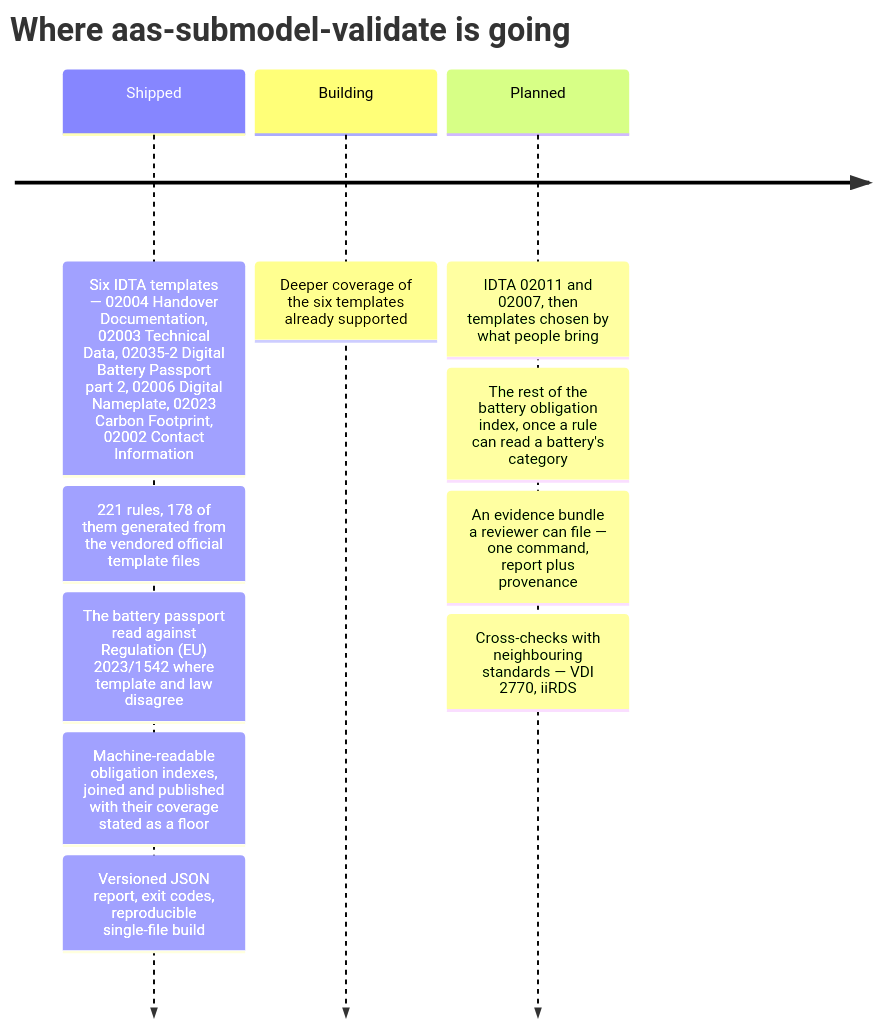
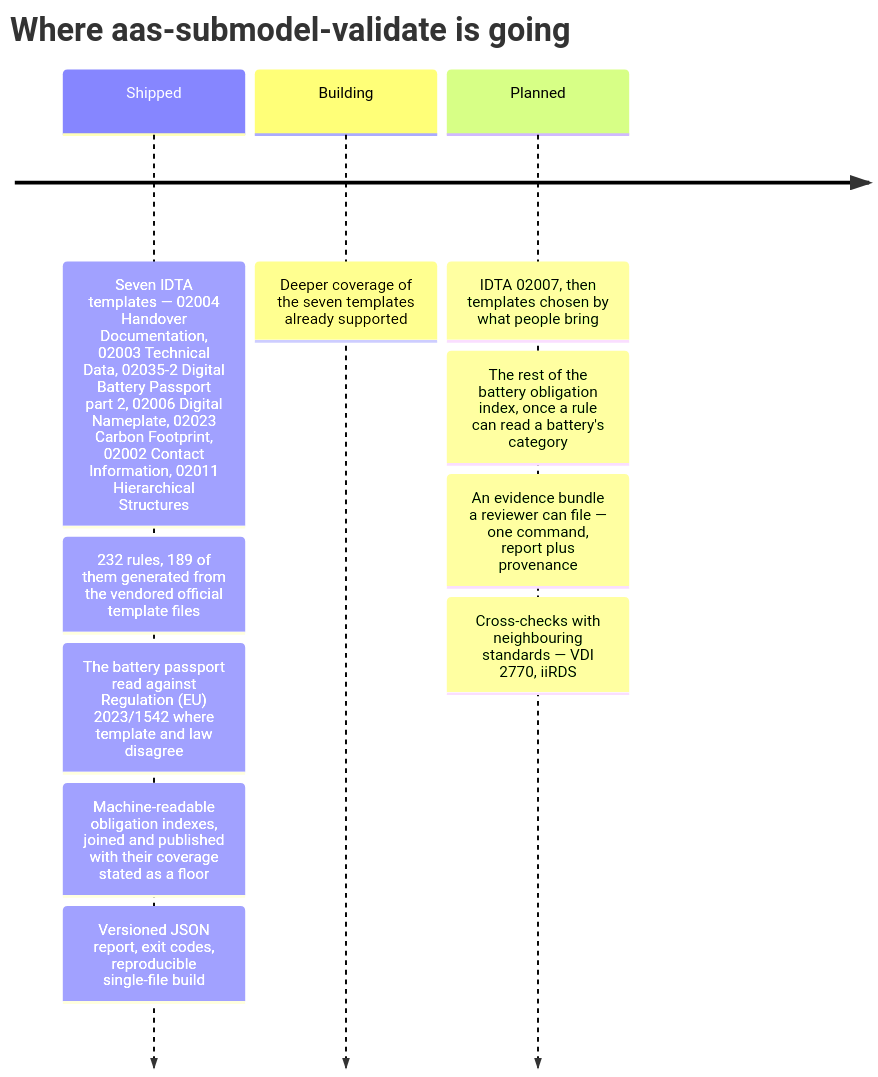
One commit to dev365code/aas-submodel-validate changed the second of 2 diagrams in README.md. Above: the diagram before and after it, drawn with Mermaid. The commit also changed other lines of this file and 35 other files, not shown here.

````diff
--- a/README.md
+++ b/README.md
@@ -276,14 +276,14 @@
 ```mermaid
 timeline
     title Where aas-submodel-validate is going
-    Shipped : Six IDTA templates — 02004 Handover Documentation, 02003 Technical Data, 02035-2 Digital Battery Passport part 2, 02006 Digital Nameplate, 02023 Carbon Footprint, 02002 Contact Information
-            : 221 rules, 178 of them generated from the vendored official template files
+    Shipped : Seven IDTA templates — 02004 Handover Documentation, 02003 Technical Data, 02035-2 Digital Battery Passport part 2, 02006 Digital Nameplate, 02023 Carbon Footprint, 02002 Contact Information, 02011 Hierarchical Structures
+            : 232 rules, 189 of them generated from the vendored official template files
             : The battery passport read against Regulation (EU) 2023/1542 where template and law disagree
             : Machine-readable obligation indexes, joined and published with their coverage stated as a floor
             : Versioned JSON report, exit codes, reproducible single-file build
-    Building : Deeper coverage of the six templates already supported
-    Planned : IDTA 02011 and 02007, then templates chosen by what people bring
+    Building : Deeper coverage of the seven templates already supported
+    Planned : IDTA 02007, then templates chosen by what people bring
             : The rest of the battery obligation index, once a rule can read a battery's category
             : An evidence bundle a reviewer can file — one command, report plus provenance
             : Cross-checks with neighbouring standards — VDI 2770, iiRDS
 ```
````
